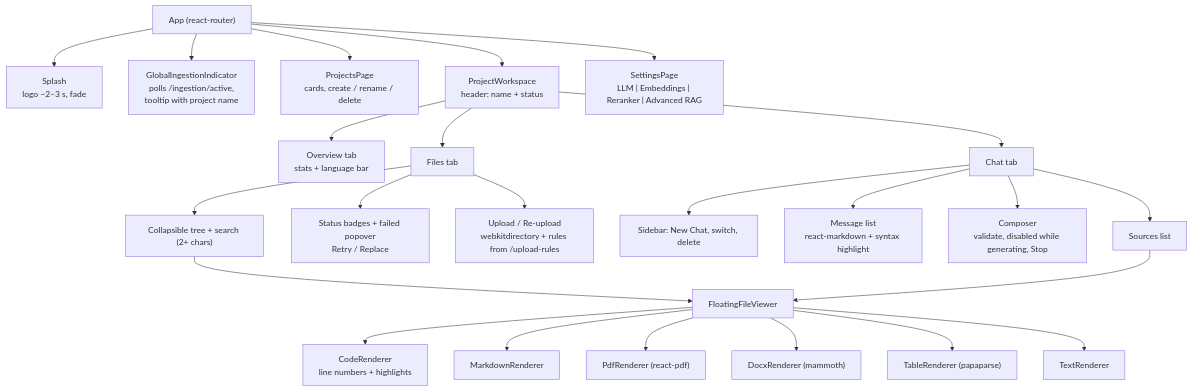
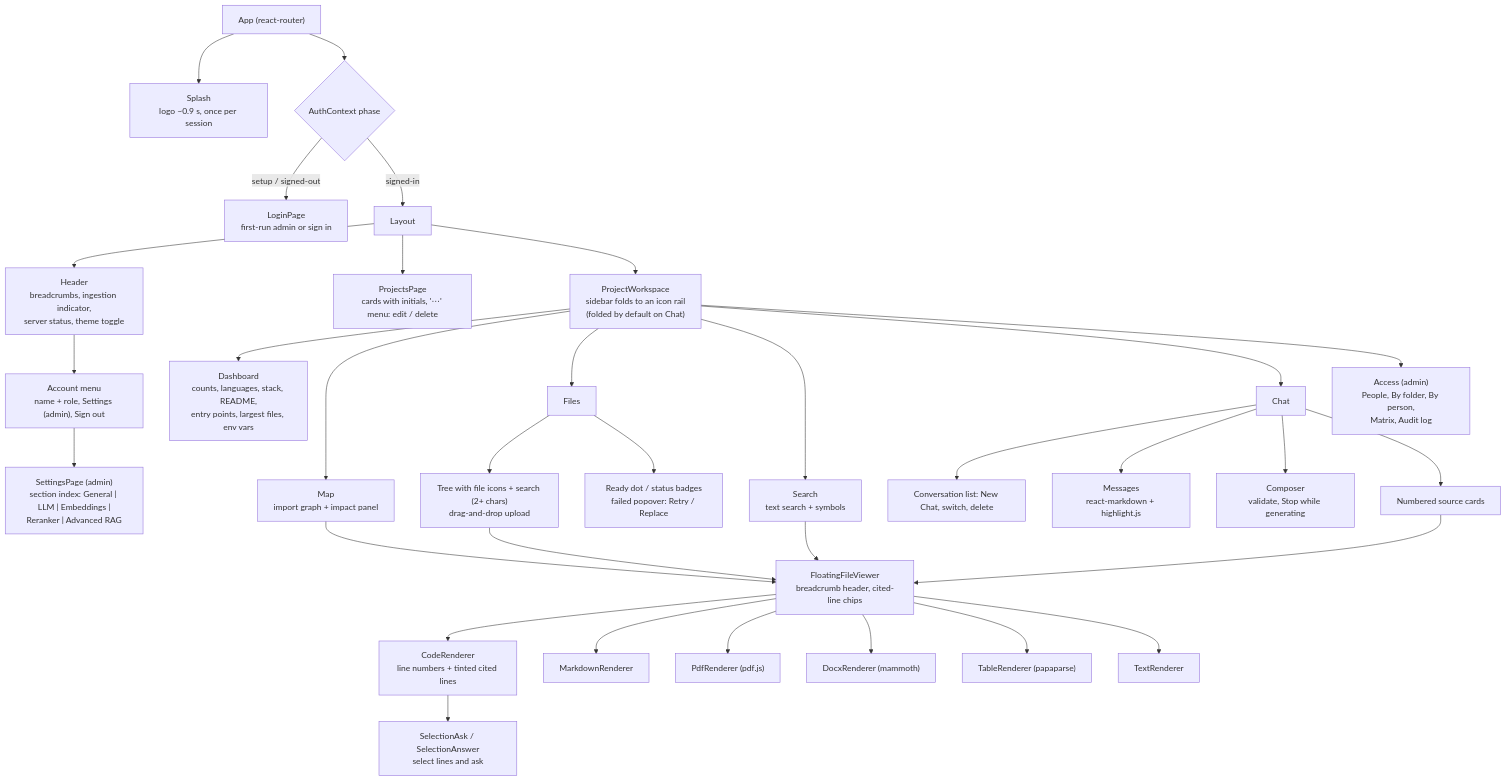
One commit to Shashank8602/DevDocs changed the first of 3 diagrams in Docs/Plan/Diagrams/13-frontend-structure.md. Above: the diagram before and after it, drawn with Mermaid. The commit also changed other lines of this file and 21 other files, not shown here.

````diff
--- a/Docs/Plan/Diagrams/13-frontend-structure.md
+++ b/Docs/Plan/Diagrams/13-frontend-structure.md
@@ -7,30 +7,40 @@
 ```mermaid
 flowchart TD
-    App["App (react-router)"] --> Splash["Splash<br/>logo ~2–3 s, fade"]
-    App --> GI["GlobalIngestionIndicator<br/>polls /ingestion/active,<br/>tooltip with project name"]
-    App --> PP["ProjectsPage<br/>cards, create / rename / delete"]
-    App --> PW["ProjectWorkspace<br/>header: name + status"]
-    App --> SP["SettingsPage<br/>LLM | Embeddings | Reranker | Advanced RAG"]
+    App["App (react-router)"] --> Splash["Splash<br/>logo ~0.9 s, once per session"]
+    App --> Gate{"AuthContext phase"}
+    Gate -- "setup / signed-out" --> LP["LoginPage<br/>first-run admin or sign in"]
+    Gate -- "signed-in" --> L["Layout"]
 
-    PW --> OV["Overview tab<br/>stats + language bar"]
-    PW --> FT["Files tab"]
-    PW --> CH["Chat tab"]
+    L --> H["Header<br/>breadcrumbs, ingestion indicator,<br/>server status, theme toggle"]
+    H --> AM["Account menu<br/>name + role, Settings (admin), Sign out"]
+    AM --> SP["SettingsPage (admin)<br/>section index: General | LLM | Embeddings |<br/>Reranker | Advanced RAG"]
+    L --> PP["ProjectsPage<br/>cards with initials, '⋯' menu: edit / delete"]
+    L --> PW["ProjectWorkspace<br/>sidebar folds to an icon rail<br/>(folded by default on Chat)"]
 
-    FT --> Tree["Collapsible tree + search (2+ chars)"]
-    FT --> Badge["Status badges + failed popover<br/>Retry / Replace"]
-    FT --> Up["Upload / Re-upload<br/>webkitdirectory + rules from /upload-rules"]
+    PW --> DB["Dashboard<br/>counts, languages, stack, README,<br/>entry points, largest files, env vars"]
+    PW --> MP["Map<br/>import graph + impact panel"]
+    PW --> FT["Files"]
+    PW --> SR["Search<br/>text search + symbols"]
+    PW --> CH["Chat"]
+    PW --> AC["Access (admin)<br/>People, By folder, By person,<br/>Matrix, Audit log"]
 
-    CH --> Side["Sidebar: New Chat, switch, delete"]
-    CH --> Msgs["Message list<br/>react-markdown + syntax highlight"]
-    CH --> Comp["Composer<br/>validate, disabled while generating, Stop"]
-    CH --> Src["Sources list"]
+    FT --> Tree["Tree with file icons + search (2+ chars)<br/>drag-and-drop upload"]
+    FT --> Badge["Ready dot / status badges<br/>failed popover: Retry / Replace"]
+
+    CH --> Side["Conversation list: New Chat, switch, delete"]
+    CH --> Msgs["Messages<br/>react-markdown + highlight.js"]
+    CH --> Comp["Composer<br/>validate, Stop while generating"]
+    CH --> Src["Numbered source cards"]
 
     Src --> FV
     Tree --> FV
-    FV["FloatingFileViewer"] --> Code["CodeRenderer<br/>line numbers + highlights"]
+    SR --> FV
+    MP --> FV
+    FV["FloatingFileViewer<br/>breadcrumb header, cited-line chips"] --> Code["CodeRenderer<br/>line numbers + tinted cited lines"]
+    Code --> Ask["SelectionAsk / SelectionAnswer<br/>select lines and ask"]
     FV --> Md["MarkdownRenderer"]
-    FV --> Pdf["PdfRenderer (react-pdf)"]
+    FV --> Pdf["PdfRenderer (pdf.js)"]
     FV --> Docx["DocxRenderer (mammoth)"]
     FV --> Tbl["TableRenderer (papaparse)"]
     FV --> Txt["TextRenderer"]
 ```
````
